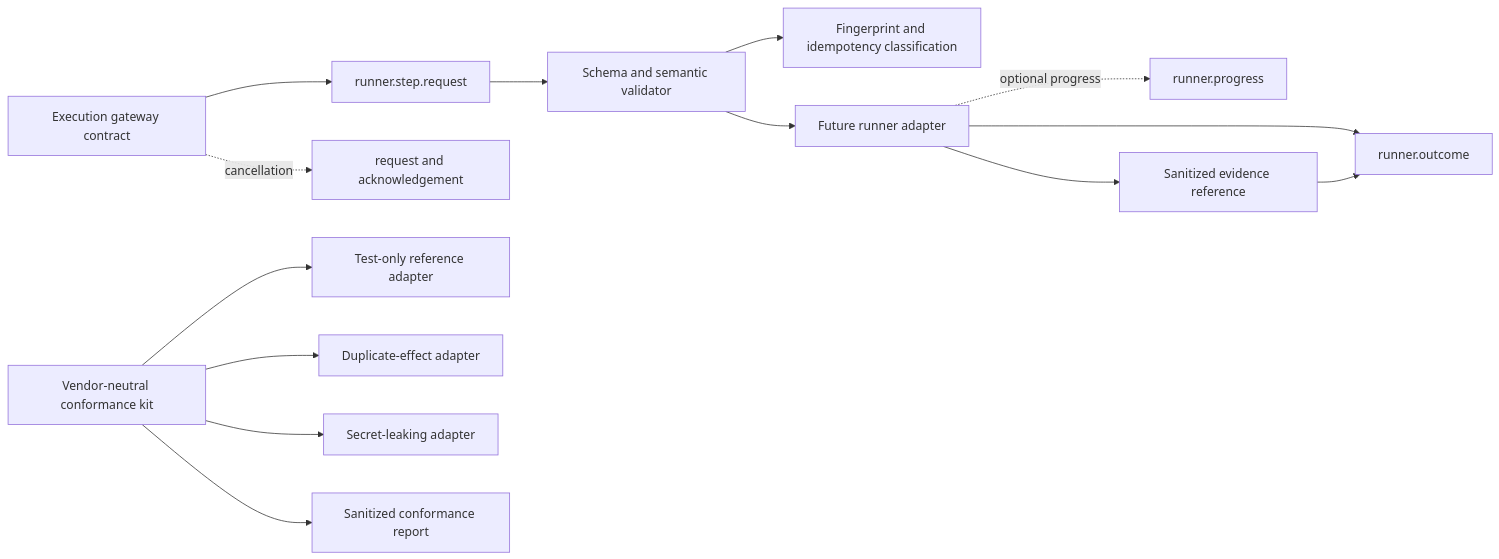
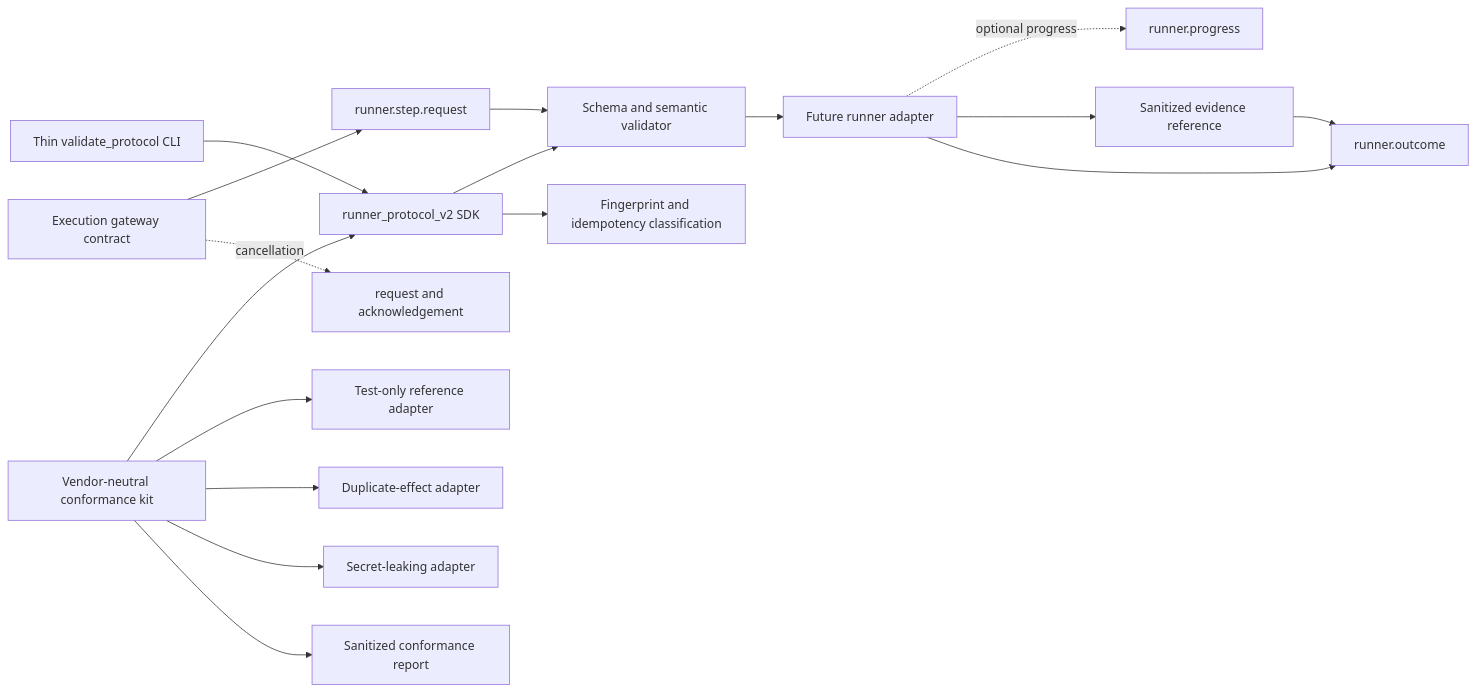
One commit to pestoura/hermes-security-labs changed the second of 2 diagrams in docs/roadmap/epics/EPIC-05-runner-protocol-v2.md. Above: the diagram before and after it, drawn with Mermaid. The commit also changed other lines of this file and 4 other files, not shown here.

````diff
--- a/docs/roadmap/epics/EPIC-05-runner-protocol-v2.md
+++ b/docs/roadmap/epics/EPIC-05-runner-protocol-v2.md
@@ -293,16 +296,19 @@
 ```mermaid
 flowchart LR
+  SDK[runner_protocol_v2 SDK] --> VAL[Schema and semantic validator]
+  SDK --> IDEM[Fingerprint and idempotency classification]
+  CLI[Thin validate_protocol CLI] --> SDK
+  KIT[Vendor-neutral conformance kit] --> SDK
   GW[Execution gateway contract] --> REQ[runner.step.request]
-  REQ --> VAL[Schema and semantic validator]
-  VAL --> IDEM[Fingerprint and idempotency classification]
+  REQ --> VAL
   VAL --> RUN[Future runner adapter]
   RUN -. optional progress .-> PROG[runner.progress]
   GW -. cancellation .-> CANCEL[request and acknowledgement]
   RUN --> EV[Sanitized evidence reference]
   RUN --> OUT[runner.outcome]
   EV --> OUT
-  KIT[Vendor-neutral conformance kit] --> REF[Test-only reference adapter]
+  KIT --> REF[Test-only reference adapter]
   KIT --> BAD1[Duplicate-effect adapter]
   KIT --> BAD2[Secret-leaking adapter]
   KIT --> REPORT[Sanitized conformance report]
 ```
````
